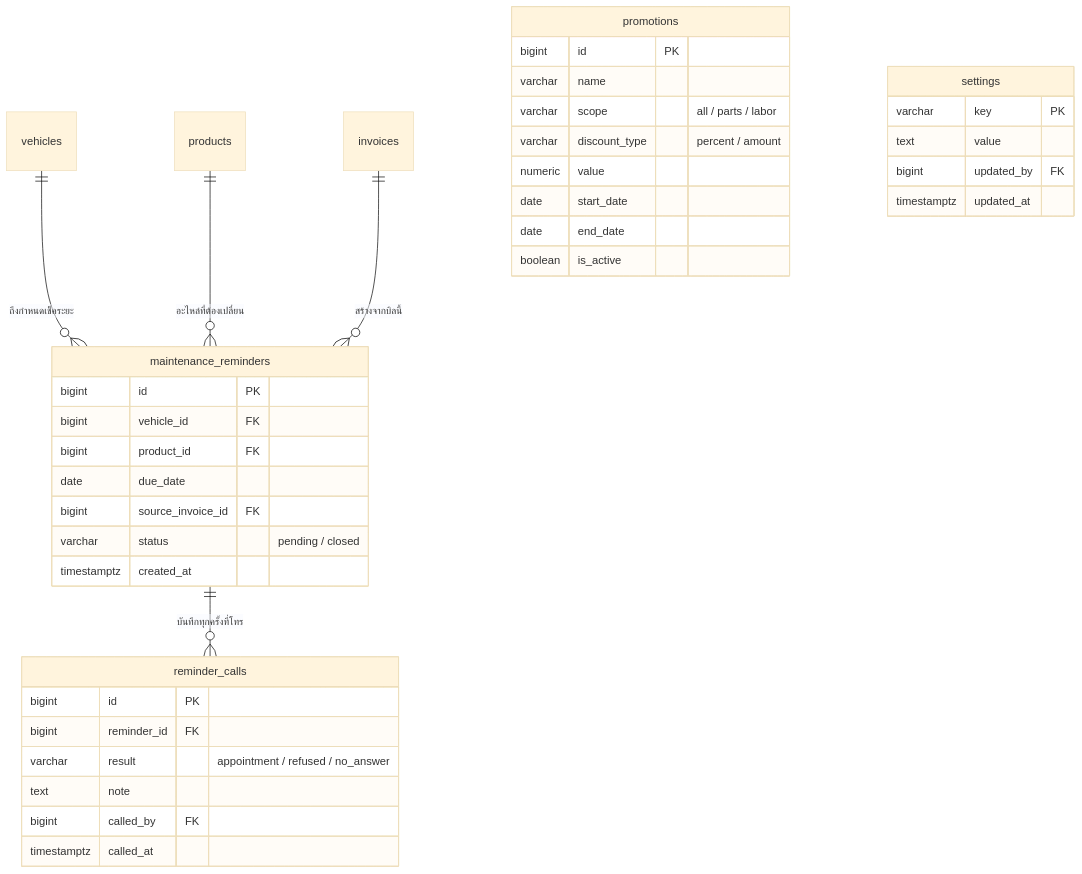
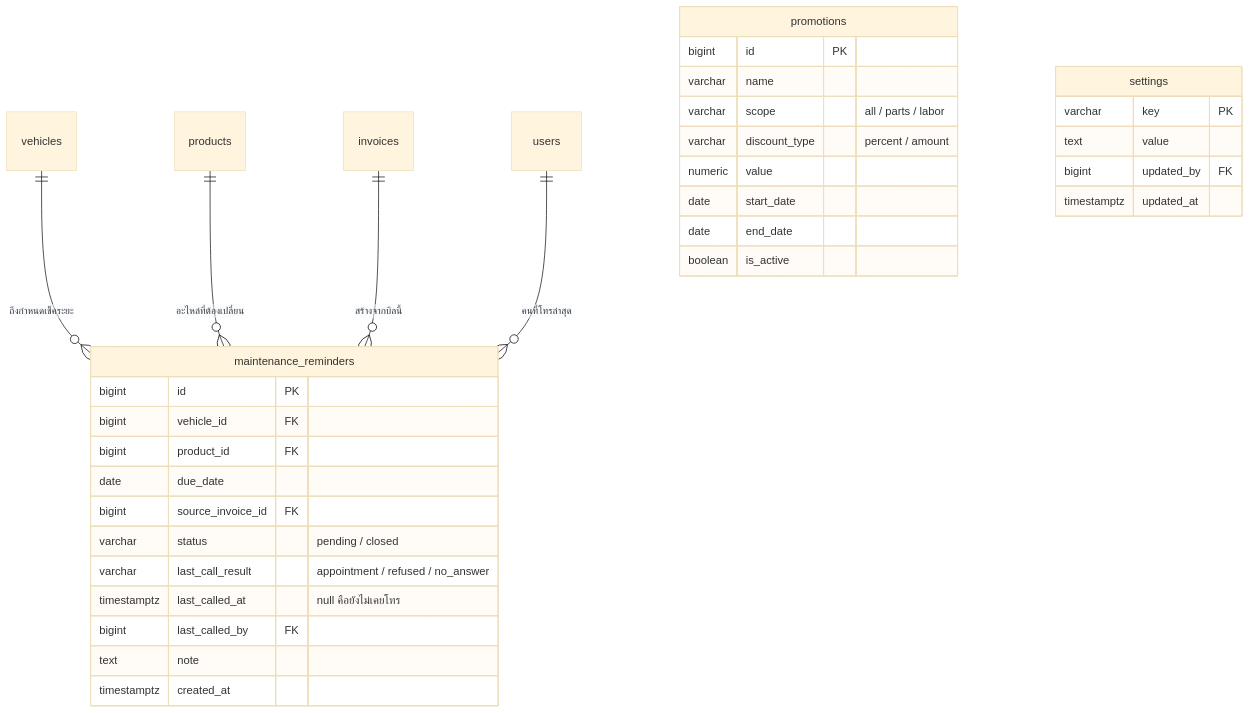
The eighth of 8 diagrams in data_model.md (kaewjamsai0193/Garage_Final_Project), drawn with Mermaid (base theme) before and after one commit. The commit also changed other lines of this file and 3 other files, not shown here.

First line of the commit message:
docs: fold reminder_calls into maintenance_reminders, 23 down to 22

````diff
--- a/data_model.md
+++ b/data_model.md
@@ -408,44 +409,39 @@
 ```mermaid
 erDiagram
     vehicles ||--o{ maintenance_reminders : "ถึงกำหนดเช็คระยะ"
     products ||--o{ maintenance_reminders : "อะไหล่ที่ต้องเปลี่ยน"
-    maintenance_reminders ||--o{ reminder_calls : "บันทึกทุกครั้งที่โทร"
     invoices ||--o{ maintenance_reminders : "สร้างจากบิลนี้"
+    users ||--o{ maintenance_reminders : "คนที่โทรล่าสุด"
 
     promotions {
         bigint id PK
         varchar name
         varchar scope "all / parts / labor"
         varchar discount_type "percent / amount"
         numeric value
         date start_date
         date end_date
         boolean is_active
     }
 
     maintenance_reminders {
         bigint id PK
         bigint vehicle_id FK
         bigint product_id FK
         date due_date
         bigint source_invoice_id FK
         varchar status "pending / closed"
+        varchar last_call_result "appointment / refused / no_answer"
+        timestamptz last_called_at "null คือยังไม่เคยโทร"
+        bigint last_called_by FK
+        text note
         timestamptz created_at
-    }
-
-    reminder_calls {
-        bigint id PK
-        bigint reminder_id FK
-        varchar result "appointment / refused / no_answer"
-        text note
-        bigint called_by FK
-        timestamptz called_at
     }
 
     settings {
         varchar key PK
         text value
         bigint updated_by FK
         timestamptz updated_at
     }
 ```
````
